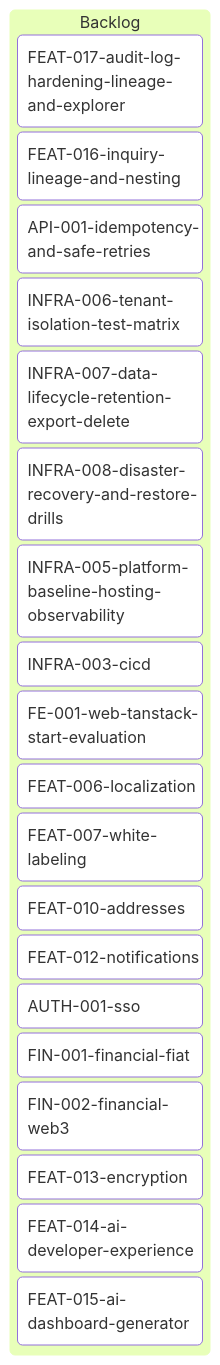
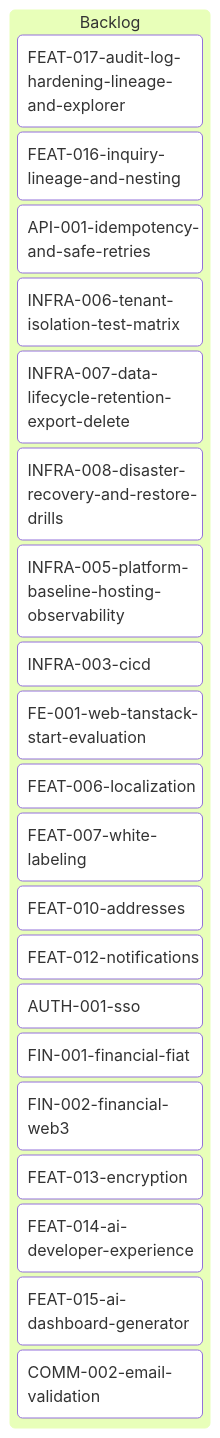
The diagram in tickets/kanban-backlog.md (inixiative/template), drawn with Mermaid before and after one commit. The commit also changed other lines of this file and 1 other file, not shown here.

First line of the commit message:
Add COMM-002: Email Validation Service ticket

````diff
--- a/tickets/kanban-backlog.md
+++ b/tickets/kanban-backlog.md
@@ -3,28 +3,29 @@
 ```mermaid
 ---
 config:
   kanban:
     ticketBaseUrl: 'https://github.com/yourorg/template/blob/main/tickets/#TICKET#'
 ---
 kanban
   Backlog
     FEAT-017-audit-log-hardening-lineage-and-explorer
     FEAT-016-inquiry-lineage-and-nesting
     API-001-idempotency-and-safe-retries
     INFRA-006-tenant-isolation-test-matrix
     INFRA-007-data-lifecycle-retention-export-delete
     INFRA-008-disaster-recovery-and-restore-drills
     INFRA-005-platform-baseline-hosting-observability
     INFRA-003-cicd
     FE-001-web-tanstack-start-evaluation
     FEAT-006-localization
     FEAT-007-white-labeling
     FEAT-010-addresses
     FEAT-012-notifications
     AUTH-001-sso
     FIN-001-financial-fiat
     FIN-002-financial-web3
     FEAT-013-encryption
     FEAT-014-ai-developer-experience
     FEAT-015-ai-dashboard-generator
+    COMM-002-email-validation
 ```
````
